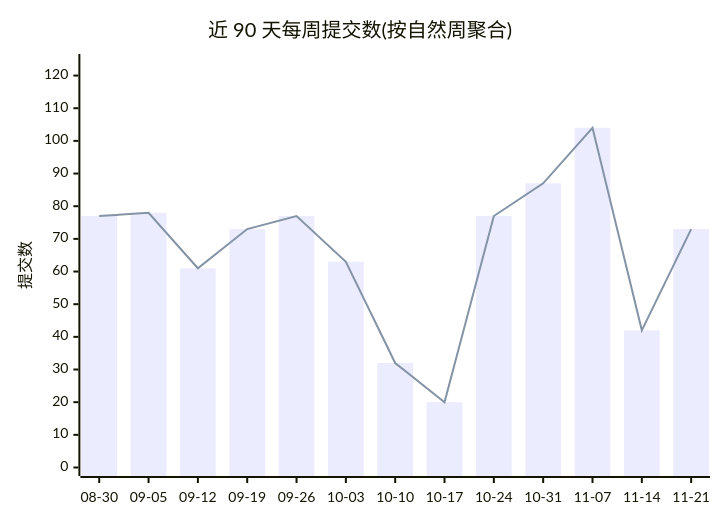
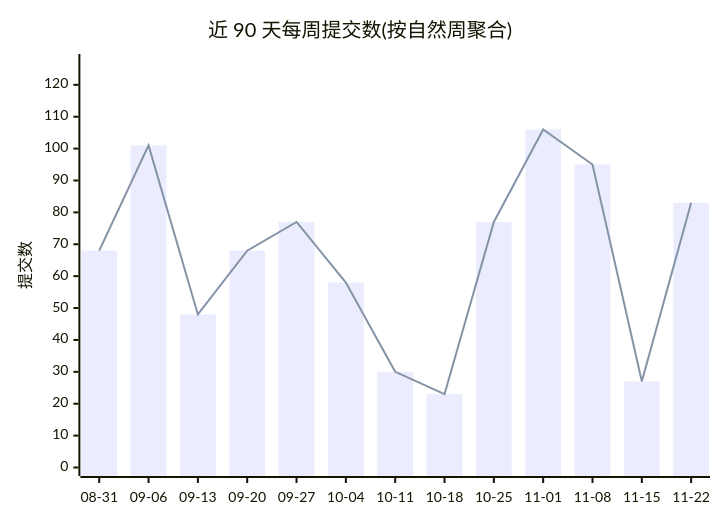
Before and after one commit to Conflux-Union/.github: the first of 2 diagrams in profile/README.md, drawn with Mermaid. The commit also changed other lines of this file and 1 other file, not shown here.

````diff
--- a/profile/README.md
+++ b/profile/README.md
@@ -47,8 +47,8 @@
 ```mermaid
 xychart-beta
     title "近 90 天每周提交数(按自然周聚合)"
-    x-axis ["08-30", "09-05", "09-12", "09-19", "09-26", "10-03", "10-10", "10-17", "10-24", "10-31", "11-07", "11-14", "11-21"]
-    y-axis "提交数" 0 --> 124
-    bar [77, 78, 61, 73, 77, 63, 32, 20, 77, 87, 104, 42, 73]
-    line [77, 78, 61, 73, 77, 63, 32, 20, 77, 87, 104, 42, 73]
+    x-axis ["08-31", "09-06", "09-13", "09-20", "09-27", "10-04", "10-11", "10-18", "10-25", "11-01", "11-08", "11-15", "11-22"]
+    y-axis "提交数" 0 --> 127
+    bar [68, 101, 48, 68, 77, 58, 30, 23, 77, 106, 95, 27, 83]
+    line [68, 101, 48, 68, 77, 58, 30, 23, 77, 106, 95, 27, 83]
 ```
````
